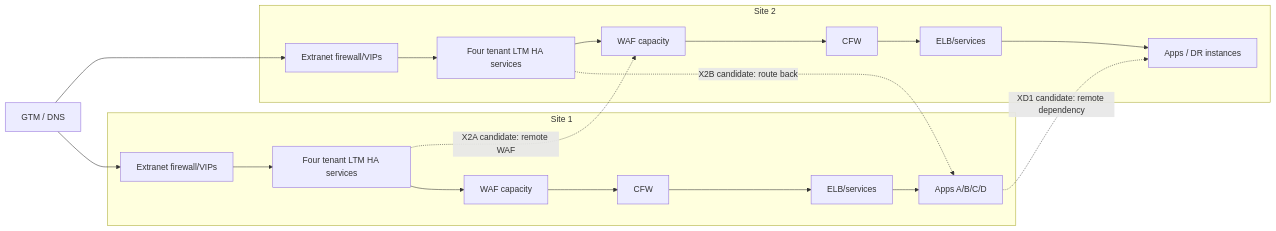
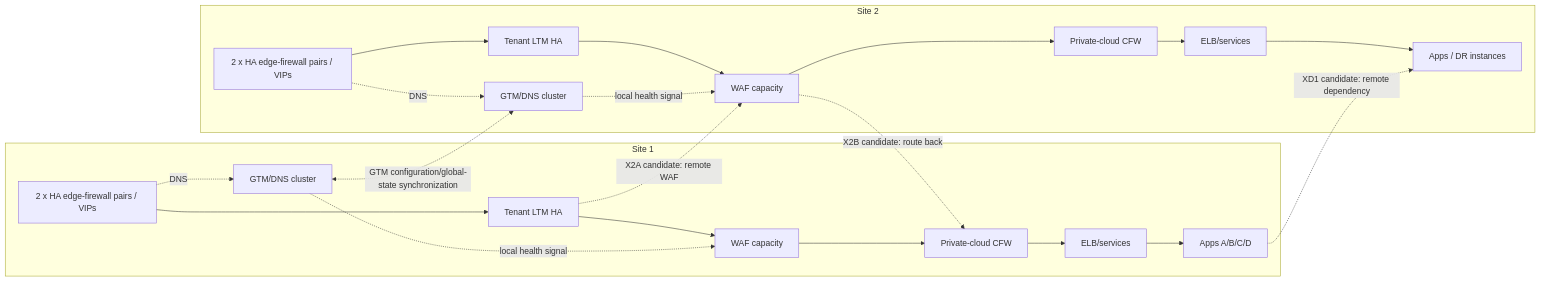
One commit to jfang88/EnterpriseWAF changed the third of 3 diagrams in enterprise-scenarios/high_level_architecture.md. Above: the diagram before and after it, drawn with Mermaid. The commit also changed other lines of this file, not shown here.

Commit message:
Update high_level_architecture.md from stable architecture grounding

```diff
--- a/enterprise-scenarios/high_level_architecture.md
+++ b/enterprise-scenarios/high_level_architecture.md
@@ -375,32 +417,35 @@
 ~~~mermaid
 flowchart LR
 
-  GTM2[GTM / DNS]
-
   subgraph SITE1[Site 1]
-    FW1[Extranet firewall/VIPs]
-    L1[Four tenant LTM HA services]
-    W1[WAF capacity]
-    F1[CFW]
+    FW1[2 x HA edge-firewall pairs / VIPs]
+    G1[GTM/DNS cluster]
+    L1[Tenant LTM HA]
+    WAFS1[WAF capacity]
+    CFW1[Private-cloud CFW]
     E1[ELB/services]
     APP1[Apps A/B/C/D]
-    FW1 --> L1 --> W1 --> F1 --> E1 --> APP1
+    FW1 --> L1 --> WAFS1 --> CFW1 --> E1 --> APP1
+    FW1 -. DNS .-> G1
+    G1 -. local health signal .-> WAFS1
   end
 
   subgraph SITE2[Site 2]
-    FW2[Extranet firewall/VIPs]
-    L2[Four tenant LTM HA services]
-    W2[WAF capacity]
-    F2[CFW]
+    FW2[2 x HA edge-firewall pairs / VIPs]
+    G2[GTM/DNS cluster]
+    L2[Tenant LTM HA]
+    WAFS2[WAF capacity]
+    CFW2[Private-cloud CFW]
     E2[ELB/services]
     APP2[Apps / DR instances]
-    FW2 --> L2 --> W2 --> F2 --> E2 --> APP2
+    FW2 --> L2 --> WAFS2 --> CFW2 --> E2 --> APP2
+    FW2 -. DNS .-> G2
+    G2 -. local health signal .-> WAFS2
   end
 
-  GTM2 --> FW1
-  GTM2 --> FW2
+  G1 <-. GTM configuration/global-state synchronization .-> G2
 
-  L1 -. X2A candidate: remote WAF .-> W2
-  L2 -. X2B candidate: route back .-> APP1
+  L1 -. X2A candidate: remote WAF .-> WAFS2
+  WAFS2 -. X2B candidate: route back .-> CFW1
   APP1 -. XD1 candidate: remote dependency .-> APP2
 ~~~
```
